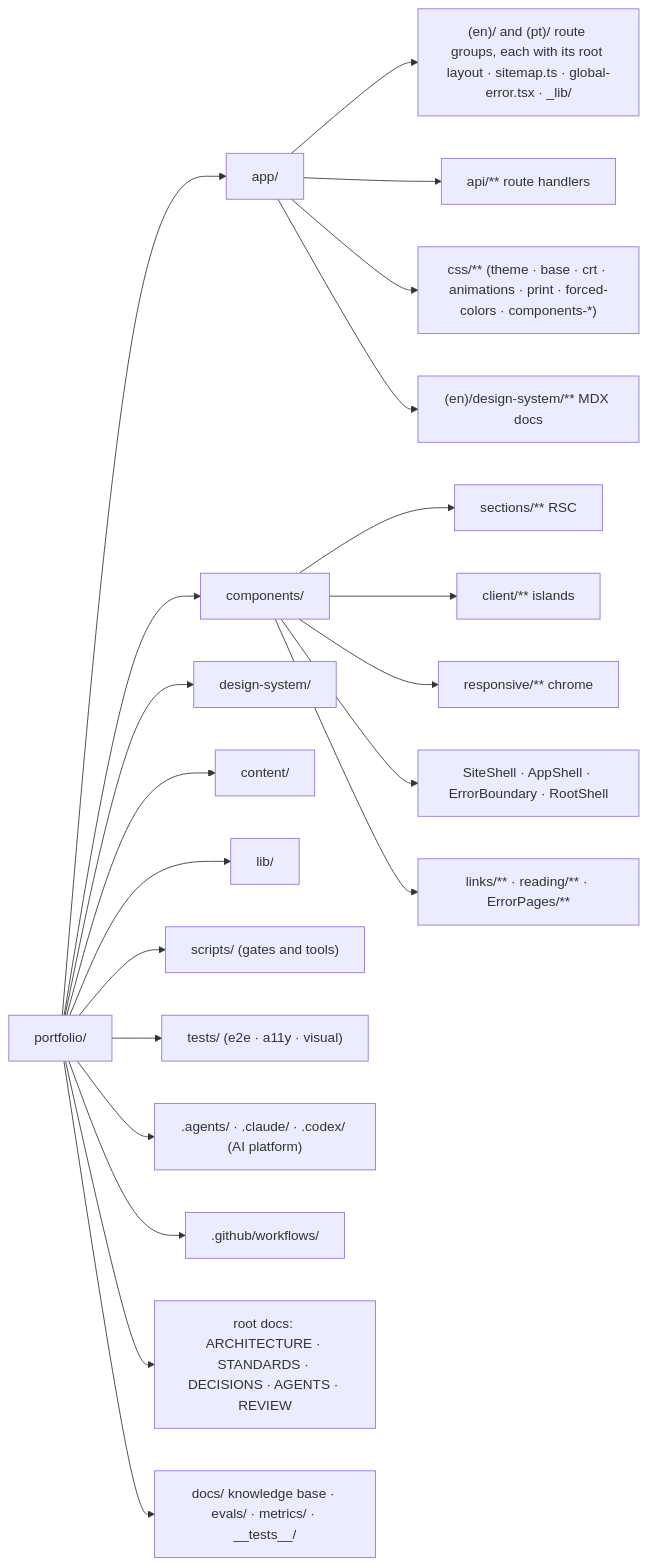
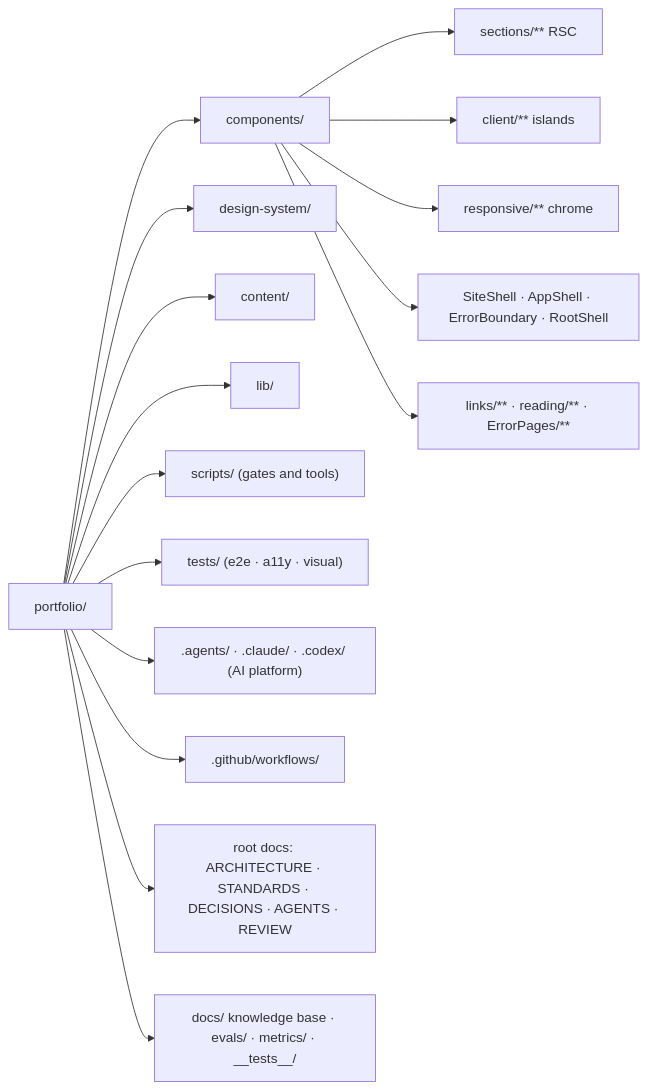
One commit to erikunha/portfolio changed the fifth of 7 diagrams in docs/01-architecture.md. Above: the diagram before and after it, drawn with Mermaid. The commit also changed other lines of this file and 75 other files, not shown here.

````diff
--- a/docs/01-architecture.md
+++ b/docs/01-architecture.md
@@ -74,25 +102,19 @@
 ```mermaid
 flowchart LR
     root["portfolio/"]
-    root --> app["app/"]
     root --> comp["components/"]
     root --> dsx["design-system/"]
     root --> cont["content/"]
     root --> lib["lib/"]
     root --> scr["scripts/ (gates and tools)"]
     root --> tst["tests/ (e2e · a11y · visual)"]
     root --> cl[".agents/ · .claude/ · .codex/ (AI platform)"]
     root --> gh[".github/workflows/"]
     root --> docs["root docs: ARCHITECTURE · STANDARDS · DECISIONS · AGENTS · REVIEW"]
     root --> kb["docs/ knowledge base · evals/ · metrics/ · __tests__/"]
-
-    app --> a1["(en)/ and (pt)/ route groups, each with its root layout · sitemap.ts · global-error.tsx · _lib/"]
-    app --> a2["api/** route handlers"]
-    app --> a3["css/** (theme · base · crt · animations · print · forced-colors · components-*)"]
-    app --> a4["(en)/design-system/** MDX docs"]
     comp --> c1["sections/** RSC"]
     comp --> c2["client/** islands"]
     comp --> c3["responsive/** chrome"]
     comp --> c4["SiteShell · AppShell · ErrorBoundary · RootShell"]
     comp --> c5["links/** · reading/** · ErrorPages/**"]
 ```
````
